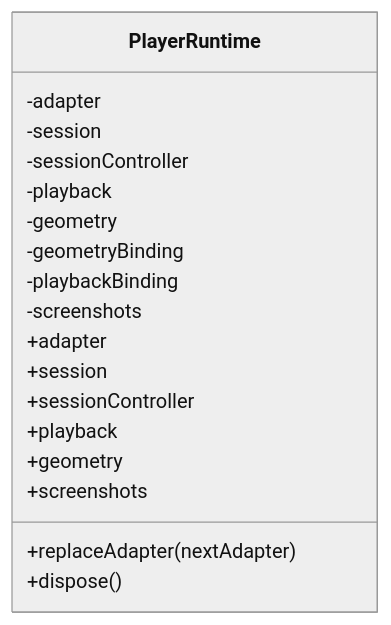
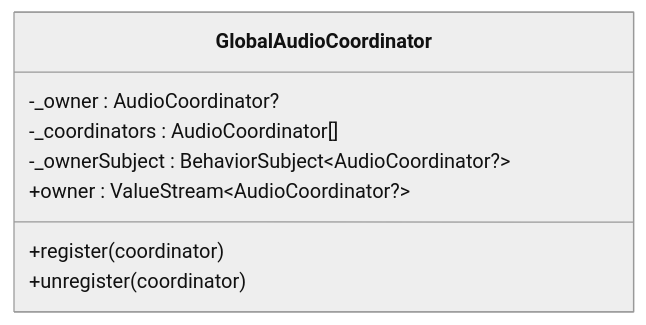
Before and after one commit to SSSherlocked/media_core: the fifth of 13 diagrams in .qoder/repowiki/zh/content/架构总览/架构总览.md, drawn with Mermaid (neutral theme). The commit also changed other lines of this file and 6 other files, not shown here.

````diff
--- a/.qoder/repowiki/zh/content/架构总览/架构总览.md
+++ b/.qoder/repowiki/zh/content/架构总览/架构总览.md
@@ -217,21 +207,11 @@
 ```mermaid
 classDiagram
-class PlayerRuntime {
--adapter
--session
--sessionController
--playback
--geometry
--geometryBinding
--playbackBinding
--screenshots
-+adapter
-+session
-+sessionController
-+playback
-+geometry
-+screenshots
-+replaceAdapter(nextAdapter)
-+dispose()
+class GlobalAudioCoordinator {
+-_owner : AudioCoordinator?
+-_coordinators : AudioCoordinator[]
+-_ownerSubject : BehaviorSubject~AudioCoordinator?~
++owner : ValueStream~AudioCoordinator?~
++register(coordinator)
++unregister(coordinator)
 }
 ```
````
